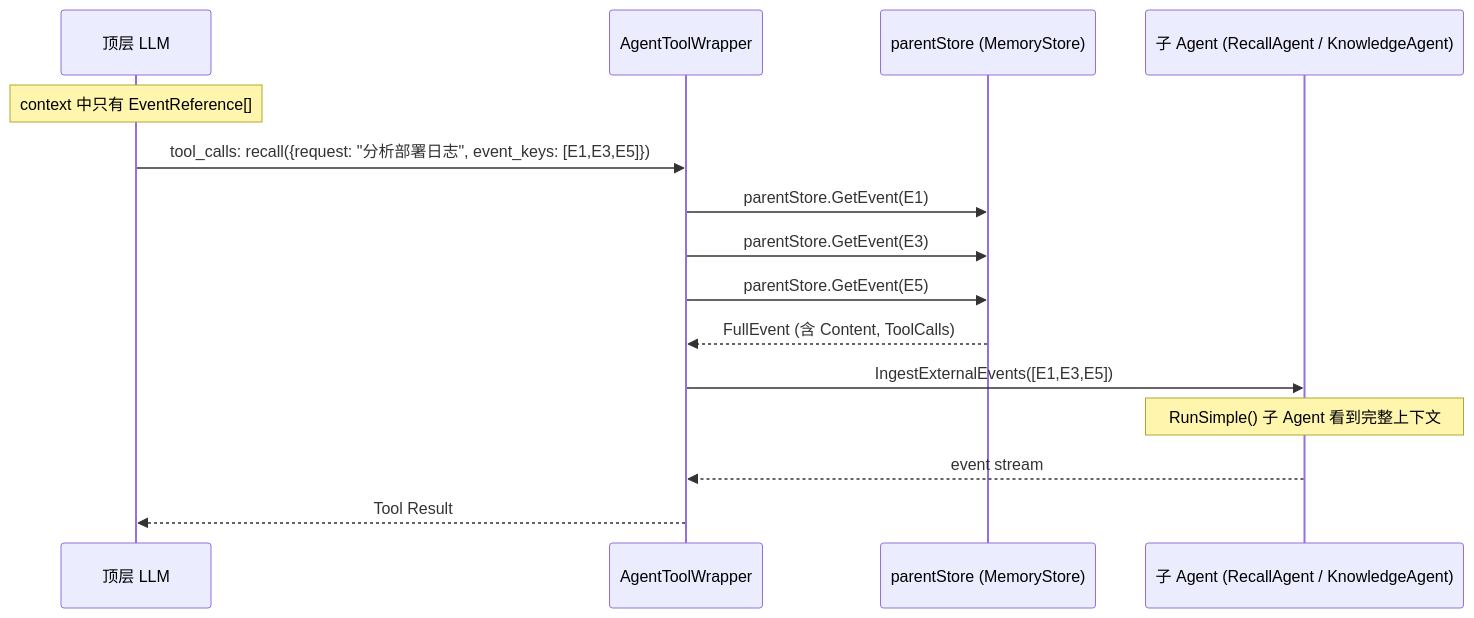
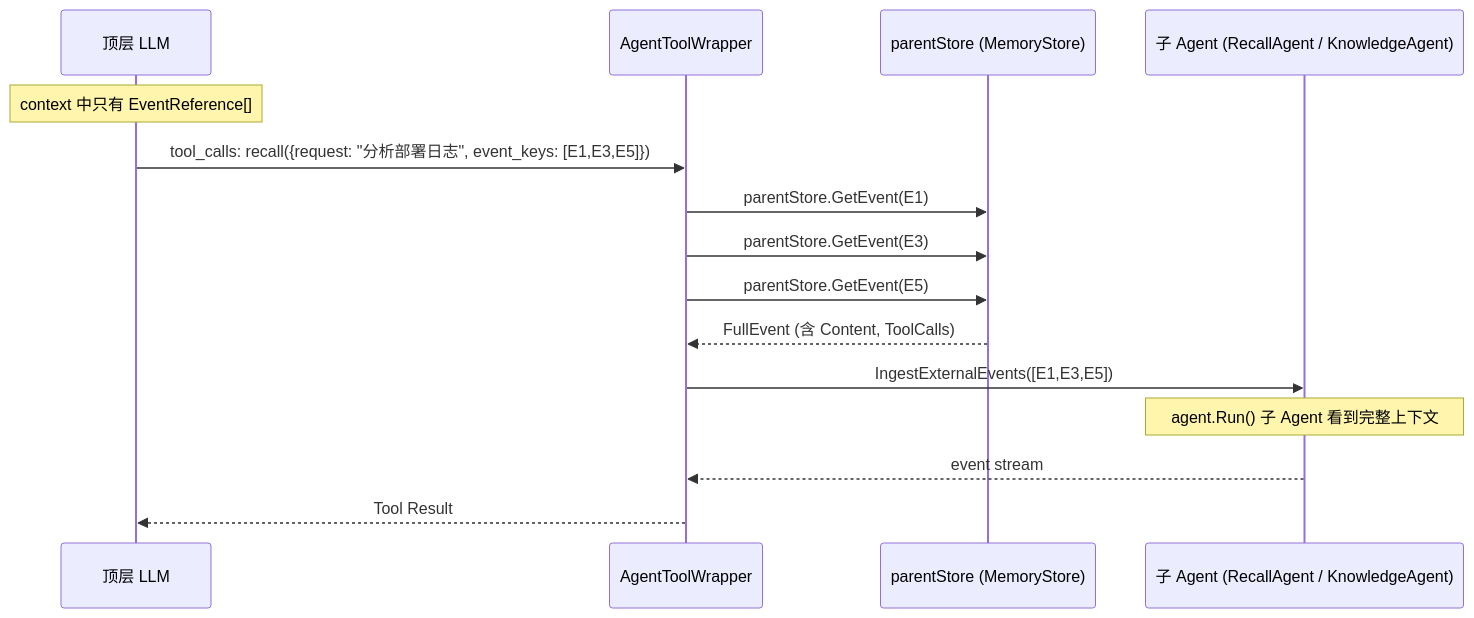
The third of 5 diagrams in docs/wiki/memory/memory-architecture.md (SpellingDragon/tagent), drawn with Mermaid before and after one commit. The commit also changed other lines of this file and 8 other files, not shown here.

First line of the commit message:
docs: align wiki and README with event-driven architecture

````diff
--- a/docs/wiki/memory/memory-architecture.md
+++ b/docs/wiki/memory/memory-architecture.md
@@ -578,18 +578,18 @@
 ```mermaid
 sequenceDiagram
     participant LLM as 顶层 LLM
     participant ATW as AgentToolWrapper
     participant MS as parentStore (MemoryStore)
     participant SA as 子 Agent (RecallAgent / KnowledgeAgent)
 
     Note over LLM: context 中只有 EventReference[]
     LLM->>ATW: tool_calls: recall({request: "分析部署日志", event_keys: [E1,E3,E5]})
     ATW->>MS: parentStore.GetEvent(E1)
     ATW->>MS: parentStore.GetEvent(E3)
     ATW->>MS: parentStore.GetEvent(E5)
     MS-->>ATW: FullEvent (含 Content, ToolCalls)
     ATW->>SA: IngestExternalEvents([E1,E3,E5])
-    Note over SA: RunSimple() 子 Agent 看到完整上下文
+    Note over SA: agent.Run() 子 Agent 看到完整上下文
     SA-->>ATW: event stream
     ATW-->>LLM: Tool Result
 ```
````
